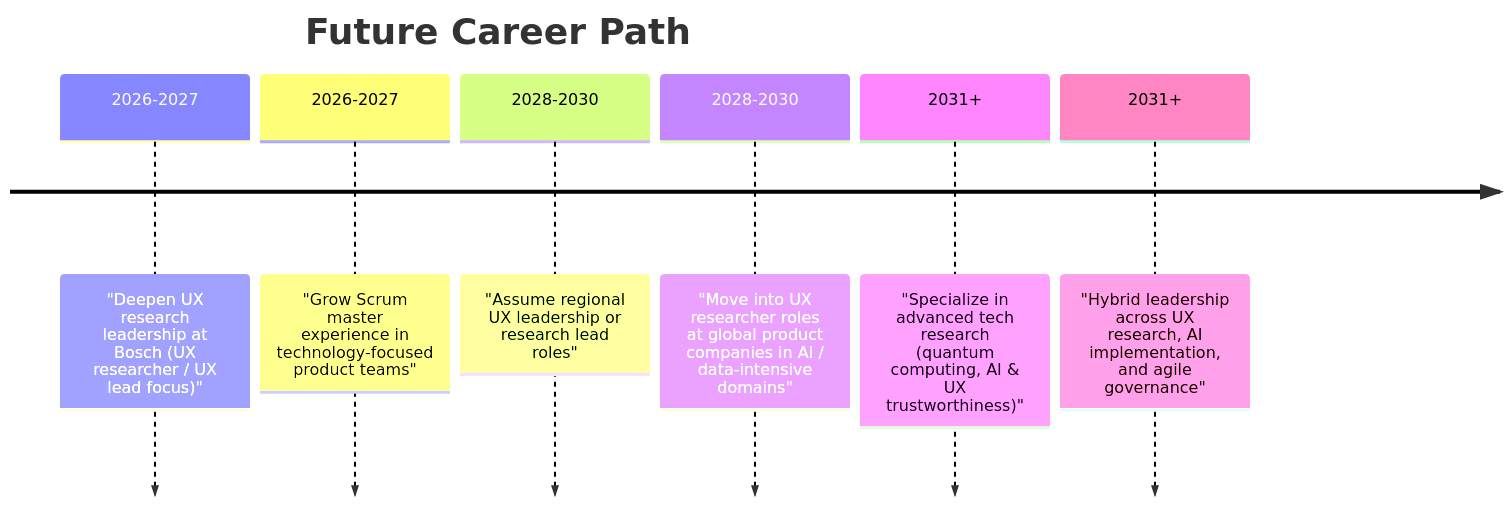
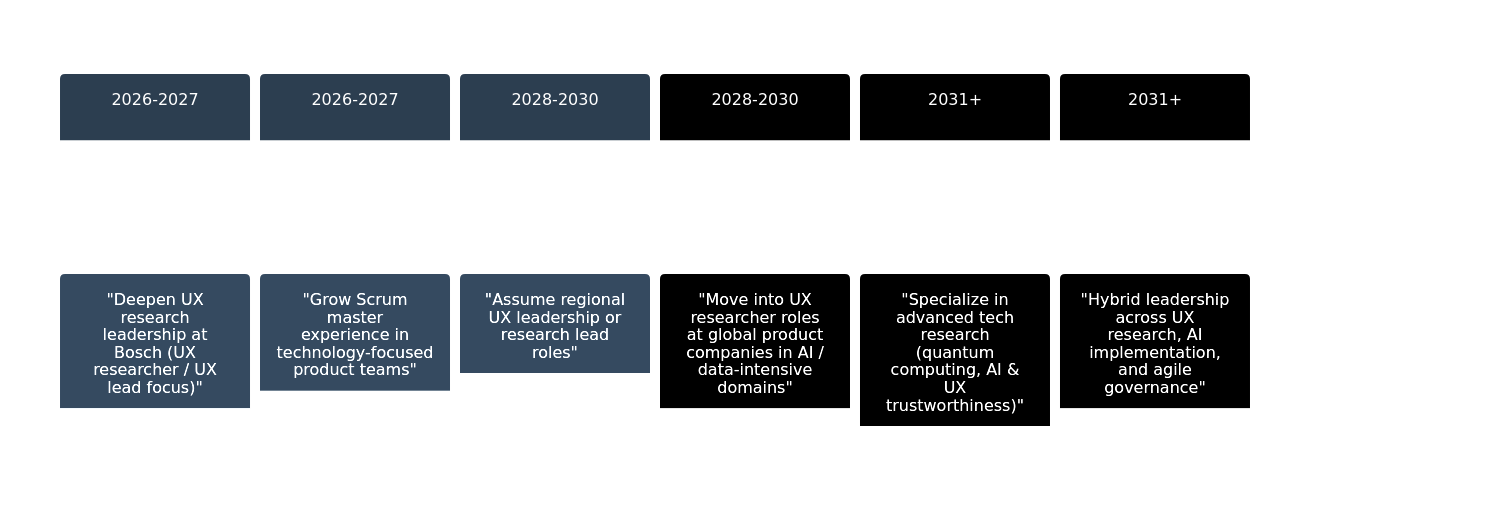
One commit to duducm2/my-personal-repo changed diagram 13 of 14 in portfolio/mermaid/diagrams.md. Above: the diagram before and after it, drawn with Mermaid. The commit also changed other lines of this file and 1 other file, not shown here.

Commit message:
Add Mermaid diagram themes and styles for improved visual consistency across portfolio slides. Update color schemes and font settings to enhance readability and presentation quality.

````diff
--- a/portfolio/mermaid/diagrams.md
+++ b/portfolio/mermaid/diagrams.md
@@ -250,10 +262,11 @@
 ```mermaid
+%%{init: {'theme': 'base', 'themeVariables': { 'cScale0': '#2c3e50', 'cScale1': '#2c3e50', 'cScale2': '#2c3e50', 'primaryColor': '#2c3e50', 'primaryTextColor': '#fff', 'primaryBorderColor': '#bdc3c7', 'fontFamily': 'Lato'}}}%%
 timeline
     title Future Career Path
     2026-2027 : "Deepen UX research leadership at Bosch (UX researcher / UX lead focus)"
     2026-2027 : "Grow Scrum master experience in technology-focused product teams"
     2028-2030 : "Assume regional UX leadership or research lead roles"
     2028-2030 : "Move into UX researcher roles at global product companies in AI / data-intensive domains"
     2031+ : "Specialize in advanced tech research (quantum computing, AI & UX trustworthiness)"
     2031+ : "Hybrid leadership across UX research, AI implementation, and agile governance"
 ```
````
